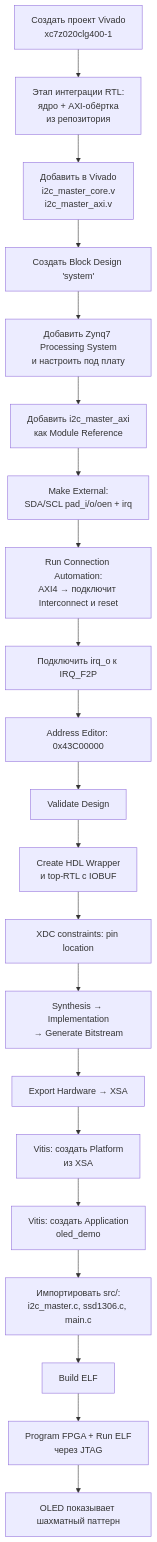
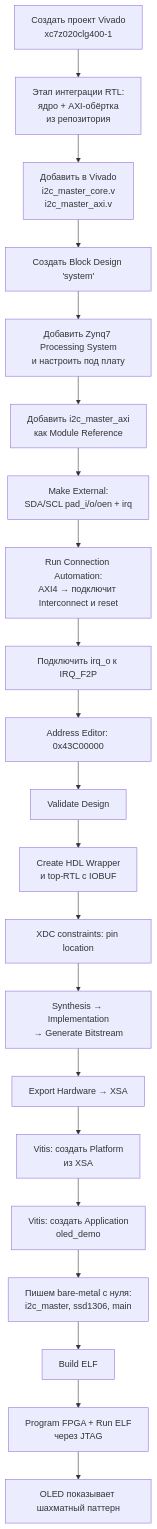
The first of 3 diagrams in doc/GUIDE_VIVADO_VITIS_FROM_SCRATCH.md (megalloid/I2C_Master_Controller), drawn with Mermaid before and after one commit. The commit also changed other lines of this file and 9 other files, not shown here.

````diff
--- a/doc/GUIDE_VIVADO_VITIS_FROM_SCRATCH.md
+++ b/doc/GUIDE_VIVADO_VITIS_FROM_SCRATCH.md
@@ -218,23 +218,23 @@
 ```mermaid
 flowchart TB
     A[Создать проект Vivado<br/>xc7z020clg400-1] --> Q[Этап интеграции RTL:<br/>ядро + AXI-обёртка<br/>из репозитория]
     Q --> B[Добавить в Vivado<br/>i2c_master_core.v<br/>i2c_master_axi.v]
     B --> C[Создать Block Design 'system']
     C --> D[Добавить Zynq7 Processing System<br/>и настроить под плату]
     D --> E[Добавить i2c_master_axi<br/>как Module Reference]
     E --> F[Make External:<br/>SDA/SCL pad_i/o/oen + irq]
     F --> G[Run Connection Automation:<br/>AXI4 → подключит Interconnect и reset]
     G --> H[Подключить irq_o к IRQ_F2P]
     H --> I[Address Editor: 0x43C00000]
     I --> J[Validate Design]
     J --> K[Create HDL Wrapper<br/>и top-RTL с IOBUF]
     K --> L[XDC constraints: pin location]
     L --> M[Synthesis → Implementation<br/>→ Generate Bitstream]
     M --> N[Export Hardware → XSA]
     N --> O[Vitis: создать Platform<br/>из XSA]
     O --> P[Vitis: создать Application<br/>oled_demo]
-    P --> U[Импортировать src/:<br/>i2c_master.c, ssd1306.c, main.c]
+    P --> U[Пишем bare-metal с нуля:<br/>i2c_master, ssd1306, main]
     U --> R[Build ELF]
     R --> S[Program FPGA + Run ELF<br/>через JTAG]
     S --> T[OLED показывает шахматный паттерн]
 ```
````
